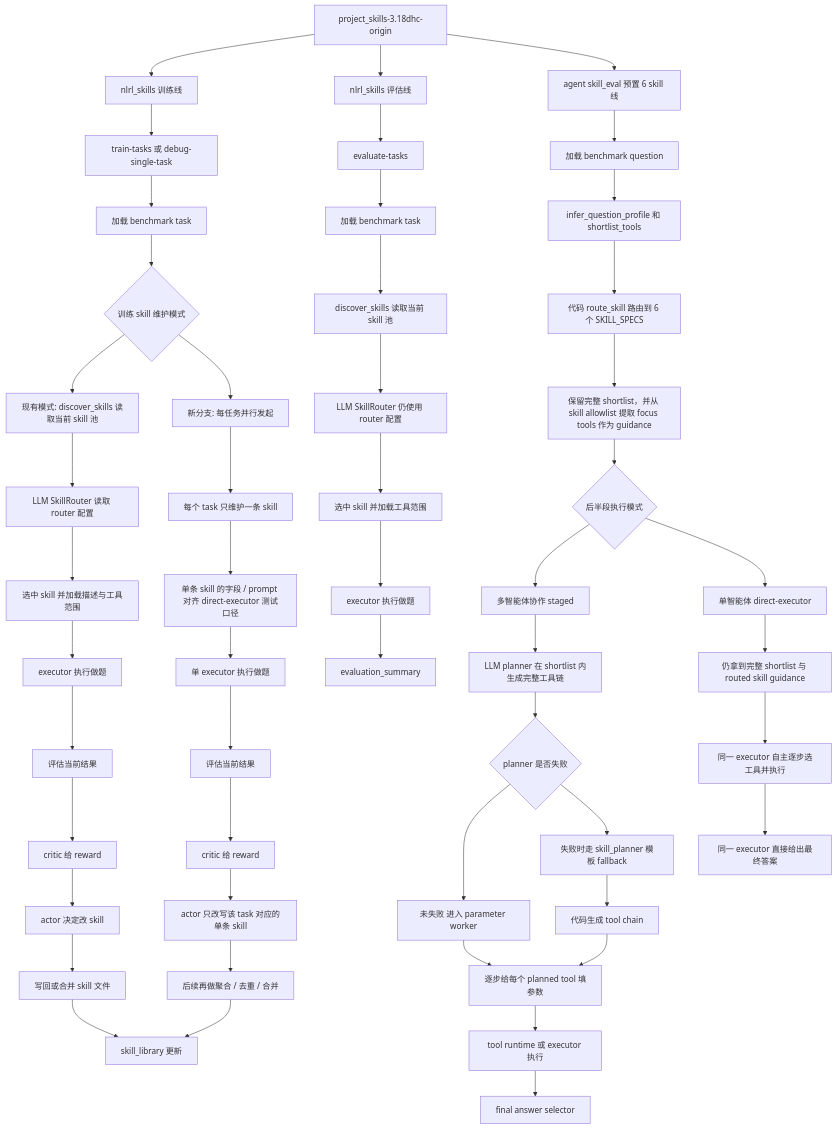
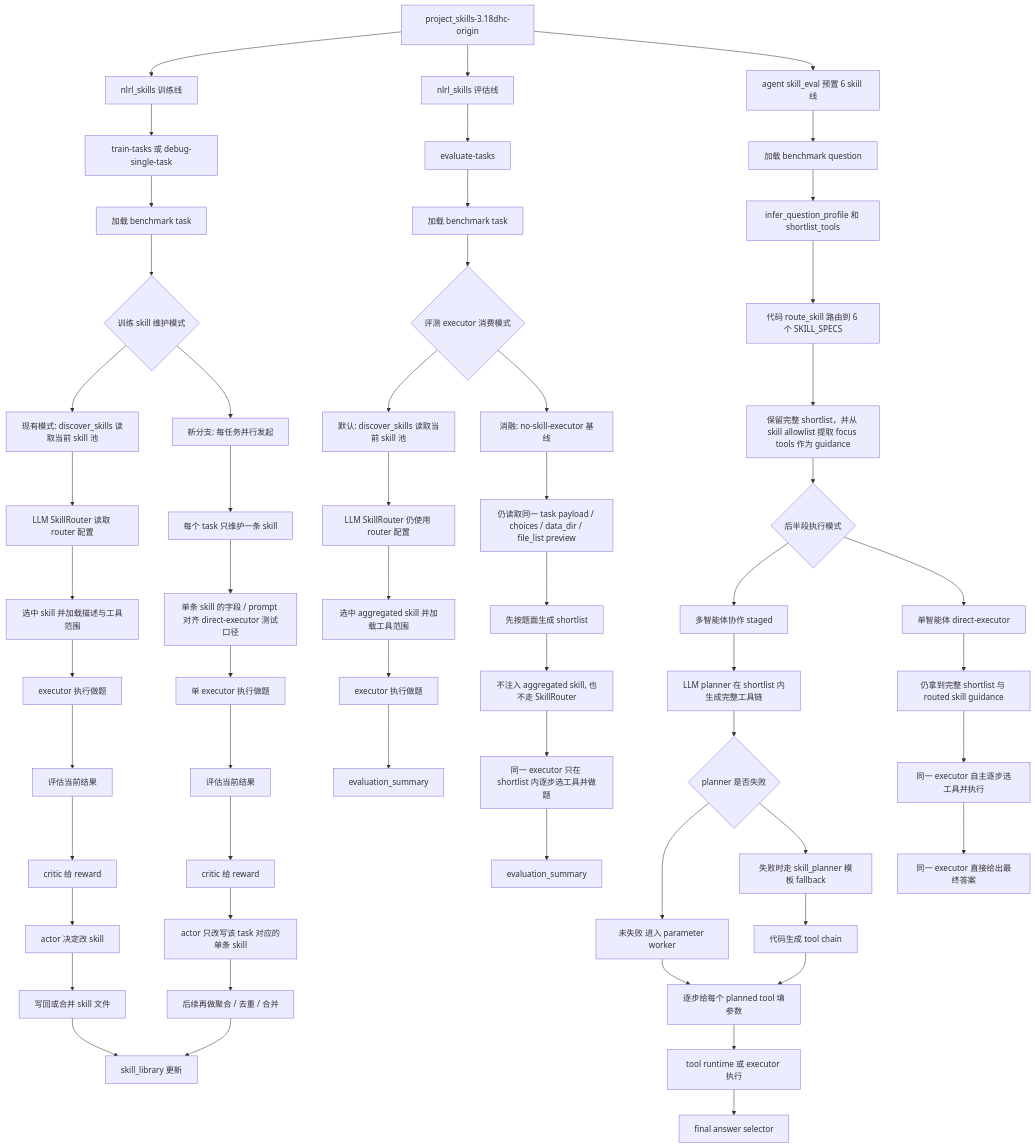
One commit to DECORATOR0/project_skills-3.18dhc-19.40 changed the first of 3 diagrams in 实验设计与迭代/20260401_183442_origin_dhc_skillpool_六优良梳理.md. Above: the diagram before and after it, drawn with Mermaid. The commit also changed other lines of this file and 11 other files, not shown here.

Commit message:
Add no-skill executor shortlist ablation

````diff
--- a/实验设计与迭代/20260401_183442_origin_dhc_skillpool_六优良梳理.md
+++ b/实验设计与迭代/20260401_183442_origin_dhc_skillpool_六优良梳理.md
@@ -483,62 +483,71 @@
 ```mermaid
 flowchart TD
     A["project_skills-3.18dhc-origin"]
 
     A --> B0["nlrl_skills 训练线"]
     A --> C0["nlrl_skills 评估线"]
     A --> D0["agent skill_eval 预置 6 skill 线"]
 
     B0 --> B1["train-tasks 或 debug-single-task"]
     B1 --> B2["加载 benchmark task"]
     B2 --> B2A{"训练 skill 维护模式"}
 
     B2A --> B3["现有模式: discover_skills 读取当前 skill 池"]
     B3 --> B4["LLM SkillRouter 读取 router 配置"]
     B4 --> B5["选中 skill 并加载描述与工具范围"]
     B5 --> B6["executor 执行做题"]
     B6 --> B7["评估当前结果"]
     B7 --> B8["critic 给 reward"]
     B8 --> B9["actor 决定改 skill"]
     B9 --> B10["写回或合并 skill 文件"]
     B10 --> B11["skill_library 更新"]
 
     B2A --> F3["新分支: 每任务并行发起"]
     F3 --> F4["每个 task 只维护一条 skill"]
     F4 --> F5["单条 skill 的字段 / prompt 对齐 direct-executor 测试口径"]
     F5 --> F6["单 executor 执行做题"]
     F6 --> F7["评估当前结果"]
     F7 --> F8["critic 给 reward"]
     F8 --> F9["actor 只改写该 task 对应的单条 skill"]
     F9 --> F10["后续再做聚合 / 去重 / 合并"]
     F10 --> B11
 
     C0 --> C1["evaluate-tasks"]
     C1 --> C2["加载 benchmark task"]
-    C2 --> C3["discover_skills 读取当前 skill 池"]
+    C2 --> C2A{"评测 executor 消费模式"}
+
+    C2A --> C3["默认: discover_skills 读取当前 skill 池"]
     C3 --> C4["LLM SkillRouter 仍使用 router 配置"]
-    C4 --> C5["选中 skill 并加载工具范围"]
+    C4 --> C5["选中 aggregated skill 并加载工具范围"]
     C5 --> C6["executor 执行做题"]
     C6 --> C7["evaluation_summary"]
+
+    C2A --> C3B["消融: no-skill-executor 基线"]
+    C3B --> C4B["仍读取同一 task payload / choices / data_dir / file_list preview"]
+    C4B --> C5B["先按题面生成 shortlist"]
+    C5B --> C6B["不注入 aggregated skill, 也不走 SkillRouter"]
+    C6B --> C7B["同一 executor 只在 shortlist 内逐步选工具并做题"]
+    C7B --> C8B["evaluation_summary"]
 
     D0 --> D1["加载 benchmark question"]
     D1 --> D2["infer_question_profile 和 shortlist_tools"]
     D2 --> D3["代码 route_skill 路由到 6 个 SKILL_SPECS"]
     D3 --> D4["保留完整 shortlist，并从 skill allowlist 提取 focus tools 作为 guidance"]
     D4 --> D4A{"后半段执行模式"}
 
     D4A --> D5["多智能体协作 staged"]
     D5 --> D6["LLM planner 在 shortlist 内生成完整工具链"]
     D6 --> D7{"planner 是否失败"}
     D7 --> D8["未失败 进入 parameter worker"]
     D7 --> D9["失败时走 skill_planner 模板 fallback"]
     D9 --> D10["代码生成 tool chain"]
     D8 --> D11["逐步给每个 planned tool 填参数"]
     D10 --> D11
     D11 --> D12["tool runtime 或 executor 执行"]
     D12 --> D13["final answer selector"]
 
     D4A --> E5["单智能体 direct-executor"]
     E5 --> E6["仍拿到完整 shortlist 与 routed skill guidance"]
     E6 --> E7["同一 executor 自主逐步选工具并执行"]
     E7 --> E8["同一 executor 直接给出最终答案"]
 ```
````
